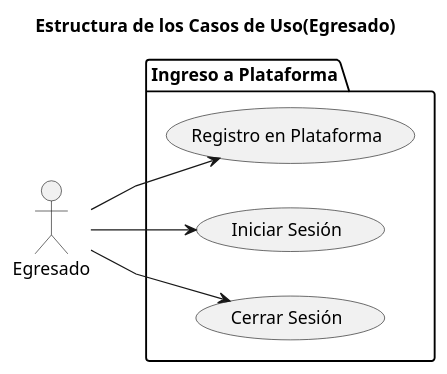
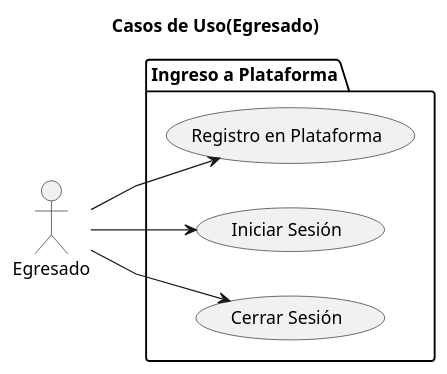
Before and after one commit to mmasias/23-24-IdSw1-SDR: the diagram in Caso_de_Uso/Diagrama_de_Casos_de_Uso/Egresado/Ingreso_Plataforma/Diagrama_CdU.puml, drawn with PlantUML. The commit also changed 18 other files, not shown here.

Commit message:
Add diagrams for Egresado and Administrador use cases

```diff
--- a/Caso_de_Uso/Diagrama_de_Casos_de_Uso/Egresado/Ingreso_Plataforma/Diagrama_CdU.puml
+++ b/Caso_de_Uso/Diagrama_de_Casos_de_Uso/Egresado/Ingreso_Plataforma/Diagrama_CdU.puml
@@ -1,23 +1,23 @@
 @startuml Diagrama_CdU
 
-title Estructura de los Casos de Uso(Egresado)
+title Casos de Uso(Egresado)
 
 skinparam {
     NoteBackgroundColor #whiteSmoke
     NoteBorderColor #green
     linetype polyline
 }
 
 left to right direction
 
 actor Egresado
 
 
 folder "Ingreso a Plataforma" as ingreso {
     Egresado --> (Registro en Plataforma)
     Egresado --> (Iniciar Sesión)
     Egresado --> (Cerrar Sesión)
 }
 
 
 @enduml
```
